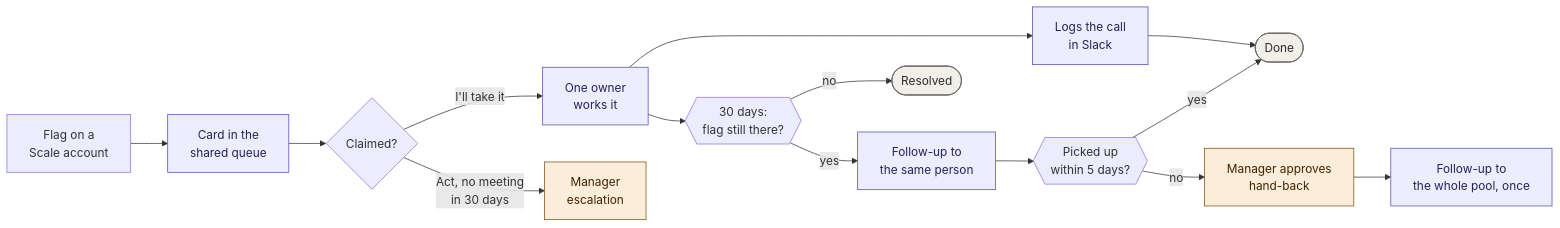
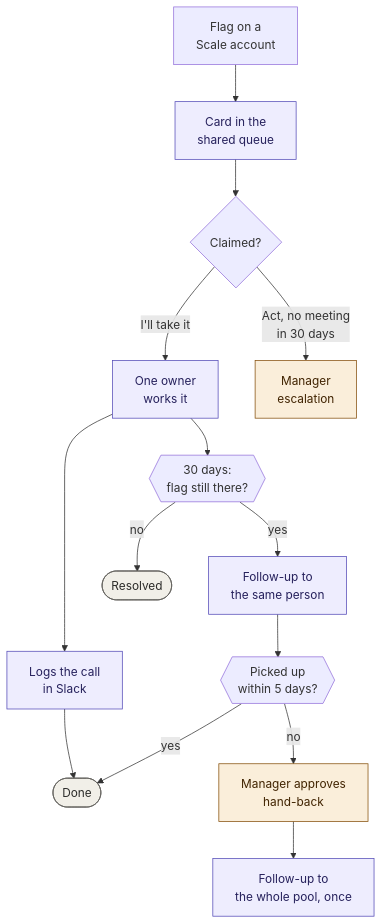
The third of 5 diagrams in ENGAGEMENT_LOGIC.md (nikodemlaskowskitech-boop/engagement-engine), drawn with Mermaid before and after one commit. The commit also changed other lines of this file, not shown here.

````diff
--- a/ENGAGEMENT_LOGIC.md
+++ b/ENGAGEMENT_LOGIC.md
@@ -104,23 +105,23 @@
 ```mermaid
-flowchart LR
+flowchart TB
     f["Flag on a<br/>Scale account"] --> q["Card in the<br/>shared queue"]
     q --> c{"Claimed?"}
     c -->|"I'll take it"| own["One owner<br/>works it"]
     own --> call["Logs the call<br/>in Slack"] --> closed(["Done"])
     c -->|"Act, no meeting<br/>in 30 days"| esc["Manager<br/>escalation"]
 
     own --> w{{"30 days:<br/>flag still there?"}}
     w -->|no| res(["Resolved"])
     w -->|yes| fu["Follow-up to<br/>the same person"]
     fu --> p{{"Picked up<br/>within 5 days?"}}
     p -->|yes| closed
     p -->|no| app["Manager approves<br/>hand-back"]
     app --> pool["Follow-up to<br/>the whole pool, once"]
 
     classDef human fill:#EEEDFE,stroke:#534AB7,color:#26215C
     classDef mgr fill:#FAEEDA,stroke:#854F0B,color:#412402
     classDef fin fill:#F1EFE8,stroke:#5F5E5A,color:#2C2C2A
     class q,own,call,fu,pool human
     class esc,app mgr
     class closed,res fin
 ```
````
